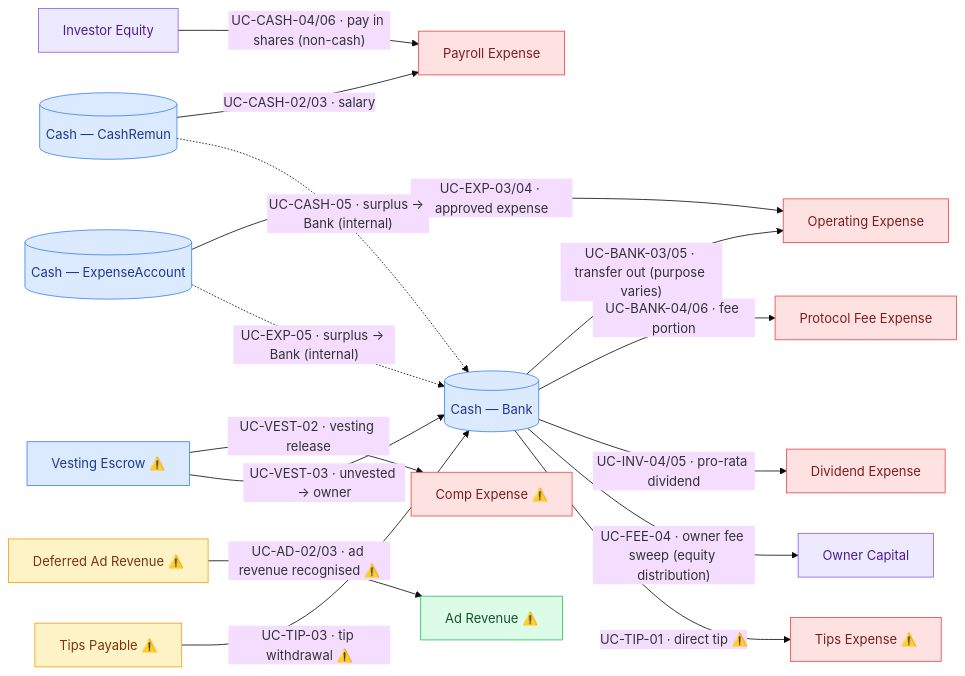
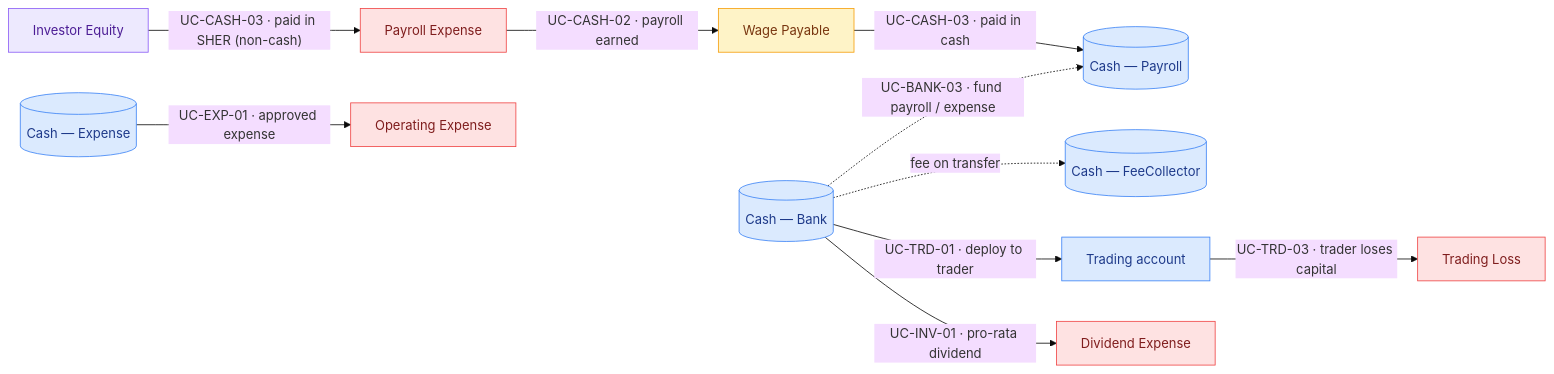
The second of 3 diagrams in docs/features/accounting/money-flow-catalogue.md (globe-and-citizen/cnc-portal), drawn with Mermaid (base theme) before and after one commit. The commit also changed other lines of this file and 2 other files, not shown here.

First line of the commit message:
docs: 📝 money-flow catalogue — used contracts + full worked example (#2126)

````diff
--- a/docs/features/accounting/money-flow-catalogue.md
+++ b/docs/features/accounting/money-flow-catalogue.md
@@ -179,41 +171,31 @@
 ```mermaid
 flowchart LR
   bank[("Cash — Bank")]:::asset
-  cashRem[("Cash — CashRemun")]:::asset
-  expAcc[("Cash — ExpenseAccount")]:::asset
+  payCash[("Cash — Payroll")]:::asset
+  expCash[("Cash — Expense")]:::asset
+  feeCash[("Cash — FeeCollector")]:::asset
+  trading[Trading account]:::asset
   invEq[Investor Equity]:::equity
-  escrow["Vesting Escrow ⚠️"]:::asset
-  tipsPay["Tips Payable ⚠️"]:::liability
-  defAd["Deferred Ad Revenue ⚠️"]:::liability
+  wagePay[Wage Payable]:::liability
 
   payroll[Payroll Expense]:::expense
   opex[Operating Expense]:::expense
-  feeExp[Protocol Fee Expense]:::expense
   divExp[Dividend Expense]:::expense
-  compExp["Comp Expense ⚠️"]:::expense
-  tipsExp["Tips Expense ⚠️"]:::expense
-  adRev["Ad Revenue ⚠️"]:::income
-  ownerCap[Owner Capital]:::equity
+  tradeLoss[Trading Loss]:::expense
 
-  cashRem -->|"UC-CASH-02/03 · salary"| payroll
-  invEq -->|"UC-CASH-04/06 · pay in shares (non-cash)"| payroll
-  expAcc -->|"UC-EXP-03/04 · approved expense"| opex
-  bank -->|"UC-BANK-03/05 · transfer out (purpose varies)"| opex
-  bank -->|"UC-BANK-04/06 · fee portion"| feeExp
-  bank -->|"UC-INV-04/05 · pro-rata dividend"| divExp
-  bank -->|"UC-FEE-04 · owner fee sweep (equity distribution)"| ownerCap
-  escrow -->|"UC-VEST-02 · vesting release"| compExp
-  escrow -->|"UC-VEST-03 · unvested → owner"| bank
-  bank -->|"UC-TIP-01 · direct tip ⚠️"| tipsExp
-  tipsPay -->|"UC-TIP-03 · tip withdrawal ⚠️"| bank
-  defAd -->|"UC-AD-02/03 · ad revenue recognised ⚠️"| adRev
+  payroll -->|"UC-CASH-02 · payroll earned"| wagePay
+  wagePay -->|"UC-CASH-03 · paid in cash"| payCash
+  invEq -->|"UC-CASH-03 · paid in SHER (non-cash)"| payroll
+  expCash -->|"UC-EXP-01 · approved expense"| opex
+  bank -->|"UC-INV-01 · pro-rata dividend"| divExp
+  bank -->|"UC-TRD-01 · deploy to trader"| trading
+  trading -->|"UC-TRD-03 · trader loses capital"| tradeLoss
 
-  cashRem -.->|"UC-CASH-05 · surplus → Bank (internal)"| bank
-  expAcc -.->|"UC-EXP-05 · surplus → Bank (internal)"| bank
+  bank -.->|"UC-BANK-03 · fund payroll / expense"| payCash
+  bank -.->|"fee on transfer"| feeCash
 
   classDef asset fill:#dbeafe,stroke:#3b82f6,color:#1e3a8a;
   classDef equity fill:#ede9fe,stroke:#8b5cf6,color:#4c1d95;
-  classDef income fill:#dcfce7,stroke:#22c55e,color:#14532d;
   classDef expense fill:#fee2e2,stroke:#ef4444,color:#7f1d1d;
   classDef liability fill:#fef3c7,stroke:#f59e0b,color:#78350f;
 ```
````
